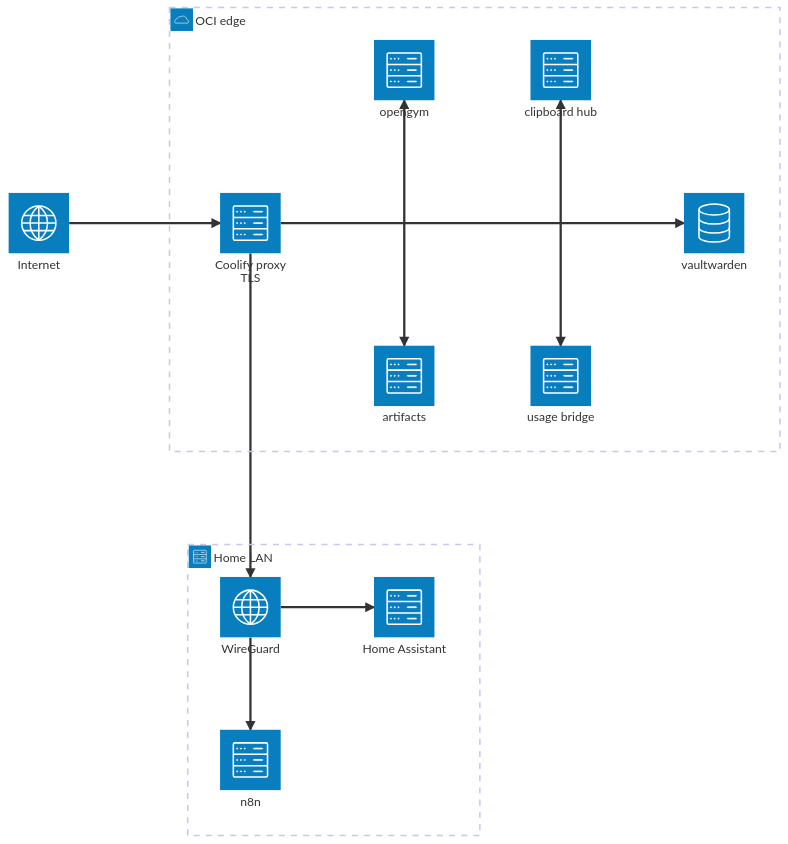
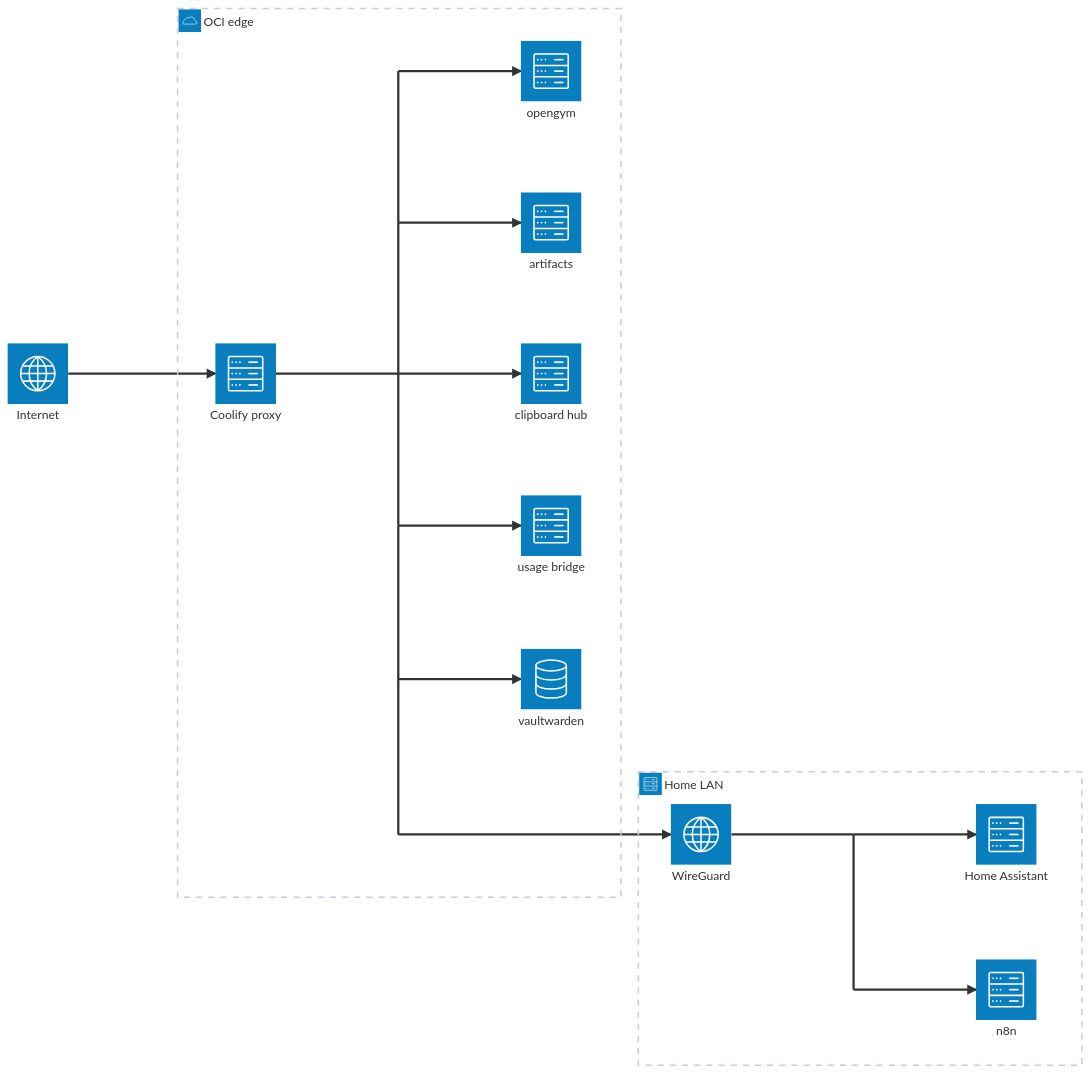
Before and after one commit to omo-dori/.github: the diagram in profile/README.md, drawn with Mermaid.

Commit message:
docs: 인프라 구성도 배치 정리

````diff
--- a/profile/README.md
+++ b/profile/README.md
@@ -9,31 +9,43 @@
 ```mermaid
 architecture-beta
     service internet(internet)[Internet]
 
     group oci(cloud)[OCI edge]
-    service proxy(server)[Coolify proxy TLS] in oci
+    service proxy(server)[Coolify proxy] in oci
     junction j1 in oci
     junction j2 in oci
+    junction j3 in oci
+    junction j4 in oci
+    junction j5 in oci
+    junction j6 in oci
     service opengym(server)[opengym] in oci
     service artifacts(server)[artifacts] in oci
     service hub(server)[clipboard hub] in oci
     service bridge(server)[usage bridge] in oci
     service vault(database)[vaultwarden] in oci
 
     group home(server)[Home LAN]
     service wg(internet)[WireGuard] in home
+    junction h1 in home
+    junction h2 in home
     service ha(server)[Home Assistant] in home
     service n8n(server)[n8n] in home
 
     internet:R --> L:proxy
-    proxy:R -- L:j1
-    j1:R -- L:j2
-    j1:T --> B:opengym
-    j1:B --> T:artifacts
-    j2:T --> B:hub
-    j2:B --> T:bridge
-    j2:R --> L:vault
-    proxy:B --> T:wg
-    wg:R --> L:ha
-    wg:B --> T:n8n
+    proxy:R -- L:j3
+    j3:T -- B:j2
+    j2:T -- B:j1
+    j3:B -- T:j4
+    j4:B -- T:j5
+    j5:B -- T:j6
+    j1:R --> L:opengym
+    j2:R --> L:artifacts
+    j3:R --> L:hub
+    j4:R --> L:bridge
+    j5:R --> L:vault
+    j6:R --> L:wg
+    wg:R -- L:h1
+    h1:R --> L:ha
+    h1:B -- T:h2
+    h2:R --> L:n8n
 ```
````
